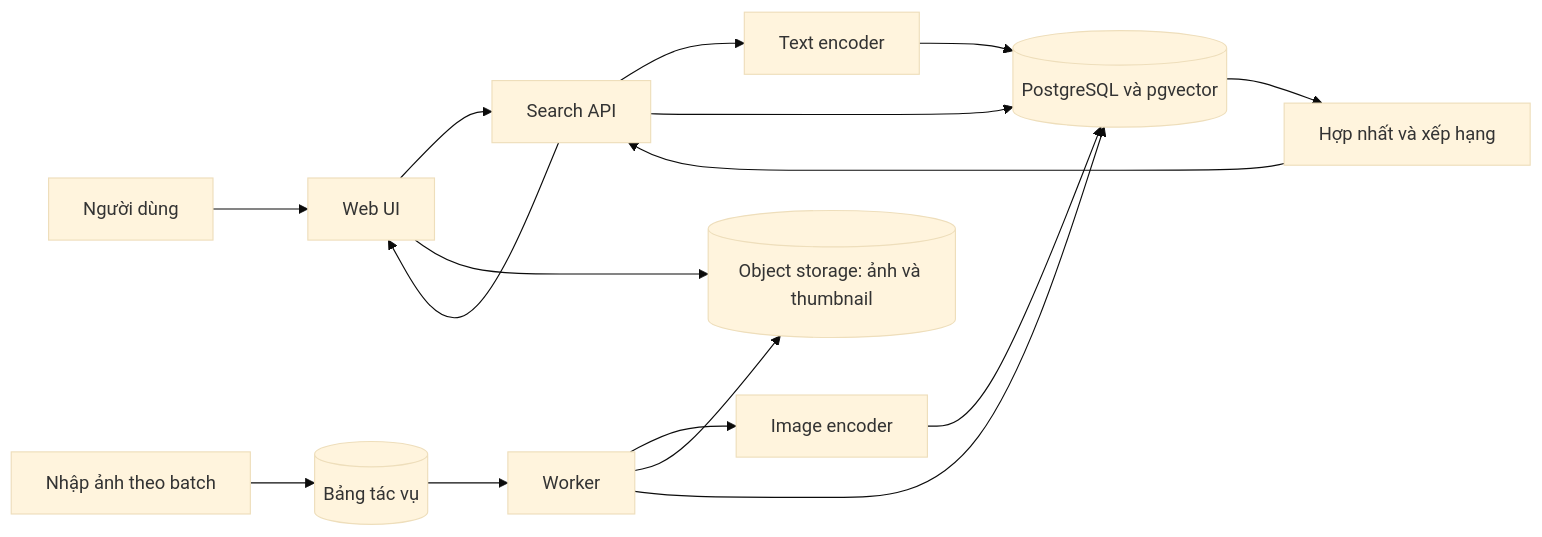
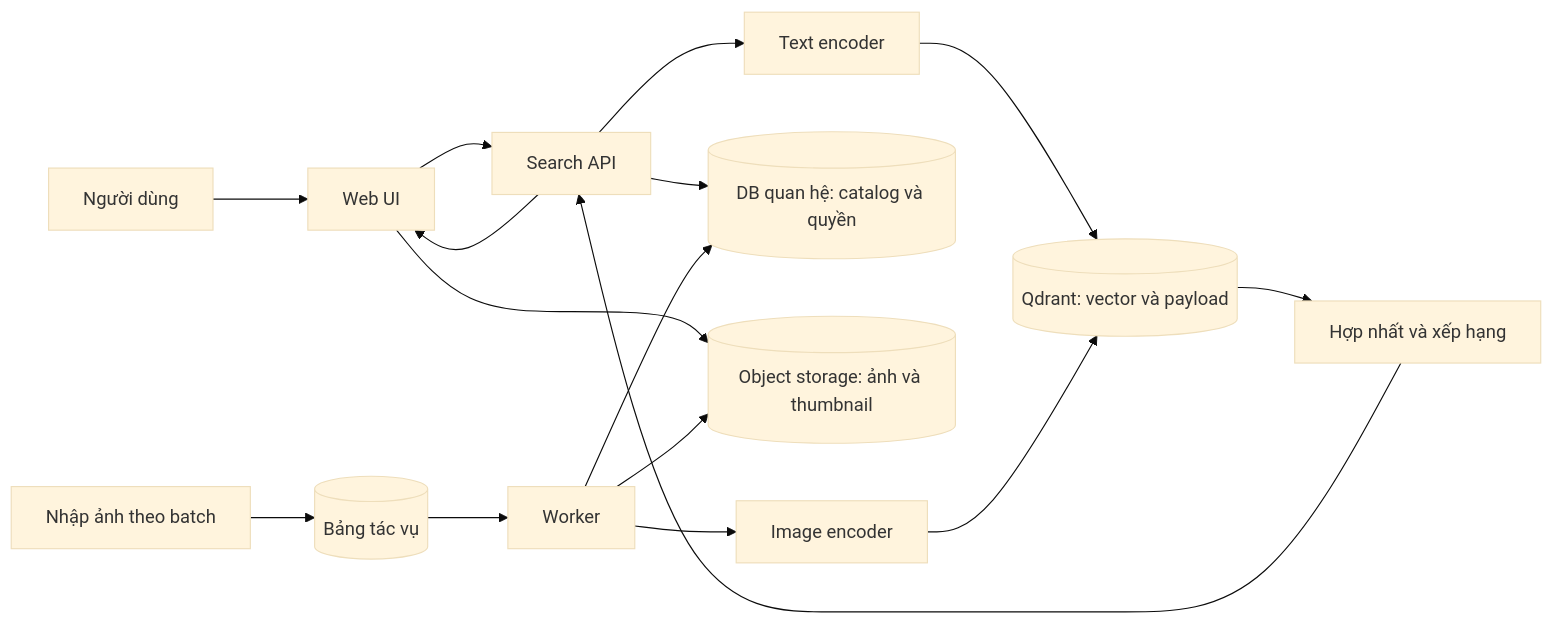
The diagram in docs/mvp-architecture.md (thong0609/image-search), drawn with Mermaid (base theme) before and after one commit. The commit also changed other lines of this file and 15 other files, not shown here.

````diff
--- a/docs/mvp-architecture.md
+++ b/docs/mvp-architecture.md
@@ -60,18 +64,18 @@
 ```mermaid
 flowchart LR
     U[Người dùng] --> UI[Web UI]
     UI --> API[Search API]
     API --> TE[Text encoder]
-    TE --> DB[(PostgreSQL và pgvector)]
-    API --> DB
-    DB --> R[Hợp nhất và xếp hạng]
+    TE --> QD[(Qdrant: vector và payload)]
+    API --> DB[(DB quan hệ: catalog và quyền)]
+    QD --> R[Hợp nhất và xếp hạng]
     R --> API
     API --> UI
     UI --> STORE[(Object storage: ảnh và thumbnail)]
     ADMIN[Nhập ảnh theo batch] --> JOB[(Bảng tác vụ)]
     JOB --> W[Worker]
     W --> IE[Image encoder]
-    IE --> DB
+    IE --> QD
     W --> STORE
     W --> DB
 ```
````
